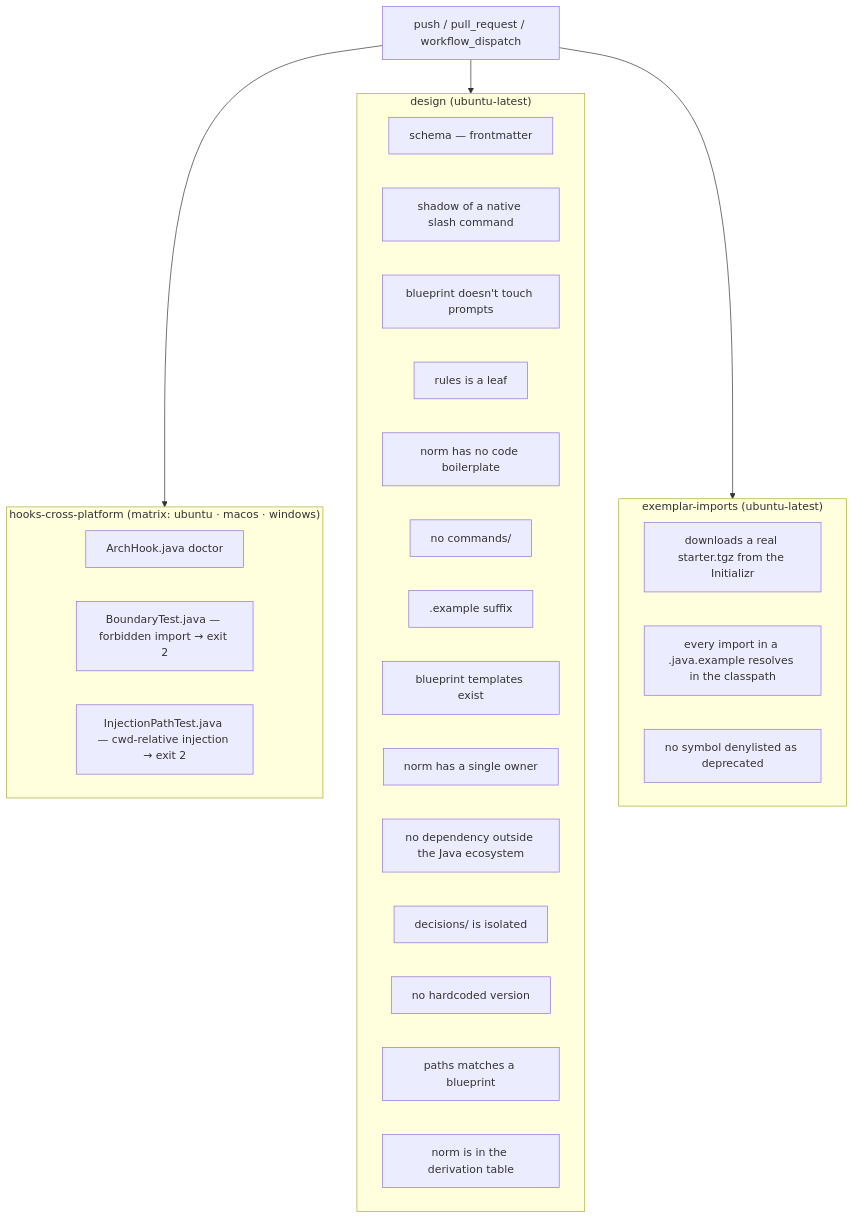
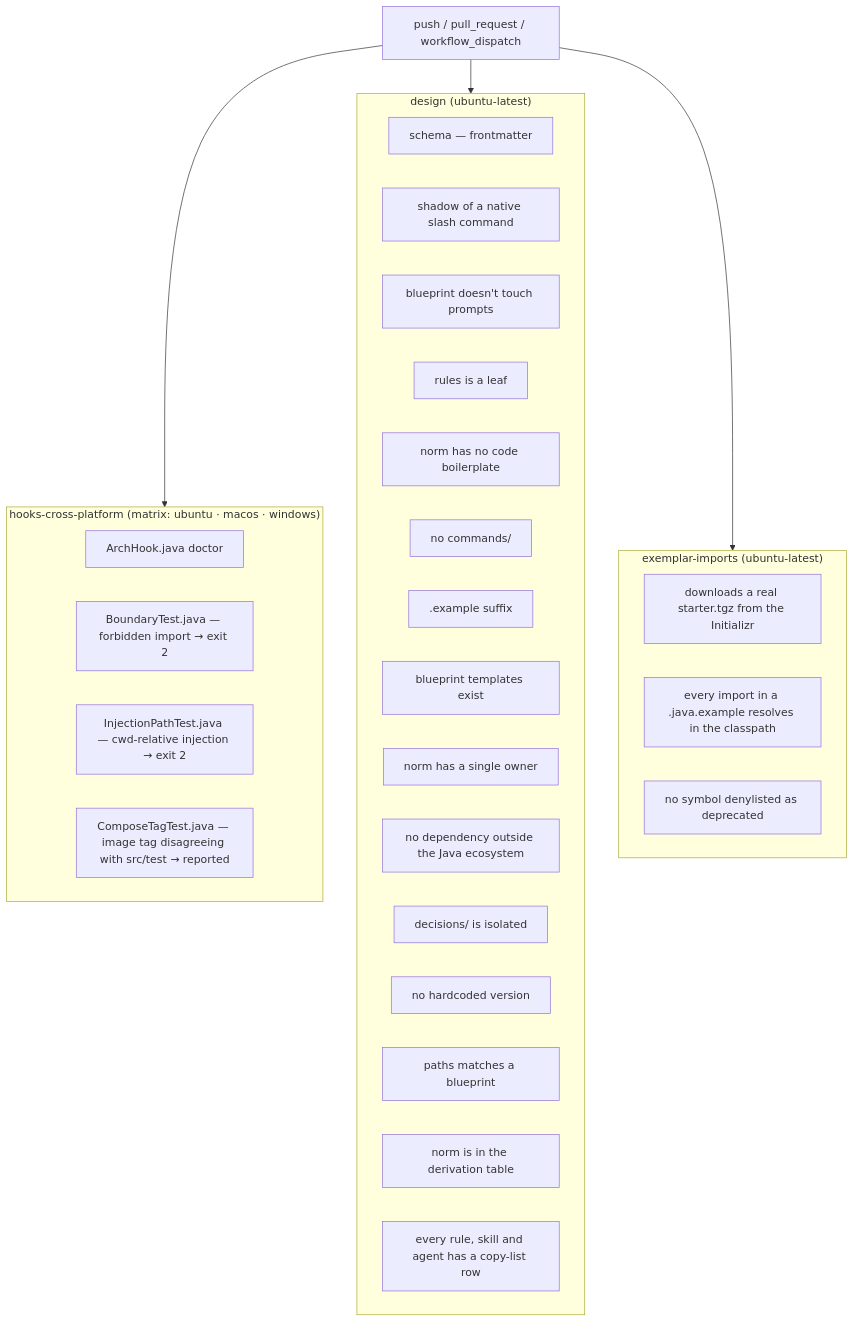
One commit to ice-lfernandes/claude-spring-architect changed the diagram in docs/en/07-ci-validate.md. Above: the diagram before and after it, drawn with Mermaid. The commit also changed other lines of this file and 6 other files, not shown here.

First line of the commit message:
ci: harden validate.yml and cover invariant 9 and compose image tags

````diff
--- a/docs/en/07-ci-validate.md
+++ b/docs/en/07-ci-validate.md
@@ -17,35 +17,37 @@
 ```mermaid
 flowchart TD
     T[push / pull_request / workflow_dispatch] --> J1
     T --> J2
     T --> J3
 
     subgraph J1["hooks-cross-platform (matrix: ubuntu · macos · windows)"]
         H1[ArchHook.java doctor]
         H2[BoundaryTest.java — forbidden import → exit 2]
         H3[InjectionPathTest.java — cwd-relative injection → exit 2]
+        H4[ComposeTagTest.java — image tag disagreeing with src/test → reported]
     end
 
     subgraph J2["design (ubuntu-latest)"]
         D1[schema — frontmatter]
         D3[shadow of a native slash command]
         D4[blueprint doesn't touch prompts]
         D5[rules is a leaf]
         D6[norm has no code boilerplate]
         D7[no commands/]
         D8[.example suffix]
         D9[blueprint templates exist]
         D10[norm has a single owner]
         D11[no dependency outside the Java ecosystem]
         D12[decisions/ is isolated]
         D13[no hardcoded version]
         D14[paths matches a blueprint]
         D15[norm is in the derivation table]
+        D16[every rule, skill and agent has a copy-list row]
     end
 
     subgraph J3["exemplar-imports (ubuntu-latest)"]
         E1[downloads a real starter.tgz from the Initializr]
         E2[every import in a .java.example resolves in the classpath]
         E3[no symbol denylisted as deprecated]
     end
 ```
````
